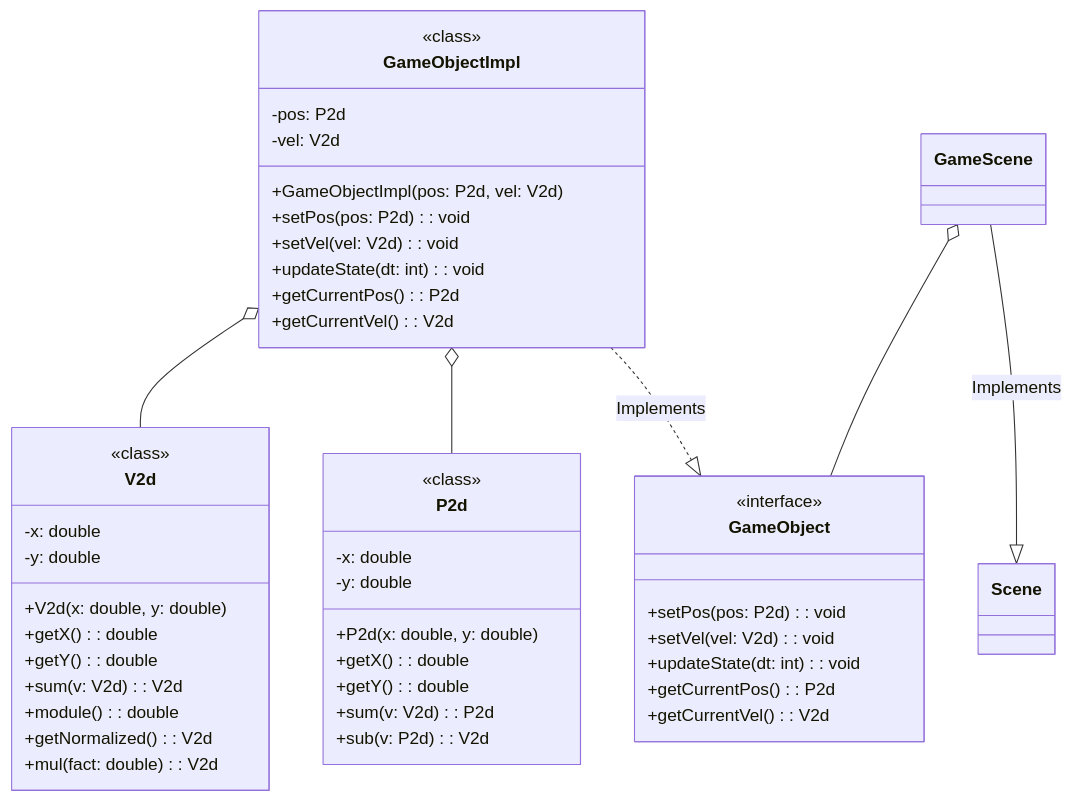
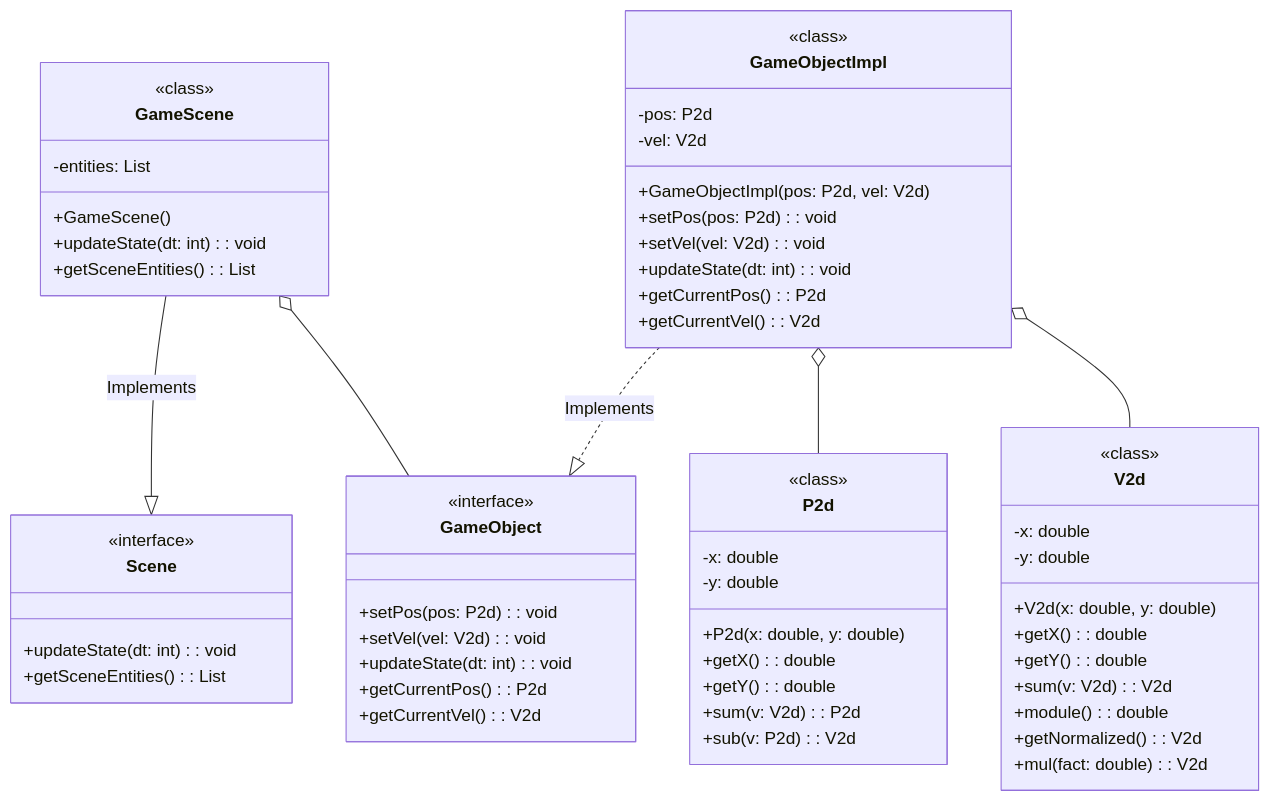
One commit to GiuseppeGambacorta/2DGameEngine changed the second of 2 diagrams in README.md. Above: the diagram before and after it, drawn with Mermaid.

````diff
--- a/README.md
+++ b/README.md
@@ -69,58 +63,73 @@
 ```mermaid
 classDiagram
+
+class Scene {
+  <<interface>>
+  +updateState(dt: int): void
+  +getSceneEntities(): List<GameObject>
+}
+
+class GameScene {
+  <<class>>
+  -entities: List<GameObject>
+  +GameScene()
+  +updateState(dt: int): void
+  +getSceneEntities(): List<GameObject>
+}
+
 
 class GameObject {
   <<interface>>
   +setPos(pos: P2d): void
   +setVel(vel: V2d): void
   +updateState(dt: int): void
   +getCurrentPos(): P2d
   +getCurrentVel(): V2d
 }
 
 class GameObjectImpl {
   <<class>>
   -pos: P2d
   -vel: V2d
   +GameObjectImpl(pos: P2d, vel: V2d)
   +setPos(pos: P2d): void
   +setVel(vel: V2d): void
   +updateState(dt: int): void
   +getCurrentPos(): P2d
   +getCurrentVel(): V2d
 }
 
 
 class P2d {
   <<class>>
   -x: double
   -y: double
   +P2d(x: double, y: double)
   +getX(): double
   +getY(): double
   +sum(v: V2d): P2d
   +sub(v: P2d): V2d
 }
 class V2d {
   <<class>>
   -x: double
   -y: double
   +V2d(x: double, y: double)
   +getX(): double
   +getY(): double
   +sum(v: V2d): V2d
   +module(): double
   +getNormalized(): V2d
   +mul(fact: double): V2d
 }
 
 
 GameScene --|> Scene : Implements
 GameScene o-- GameObject
 
 GameObjectImpl ..|> GameObject : Implements
 
 GameObjectImpl o-- P2d
 GameObjectImpl o-- V2d
 
 ```
````
